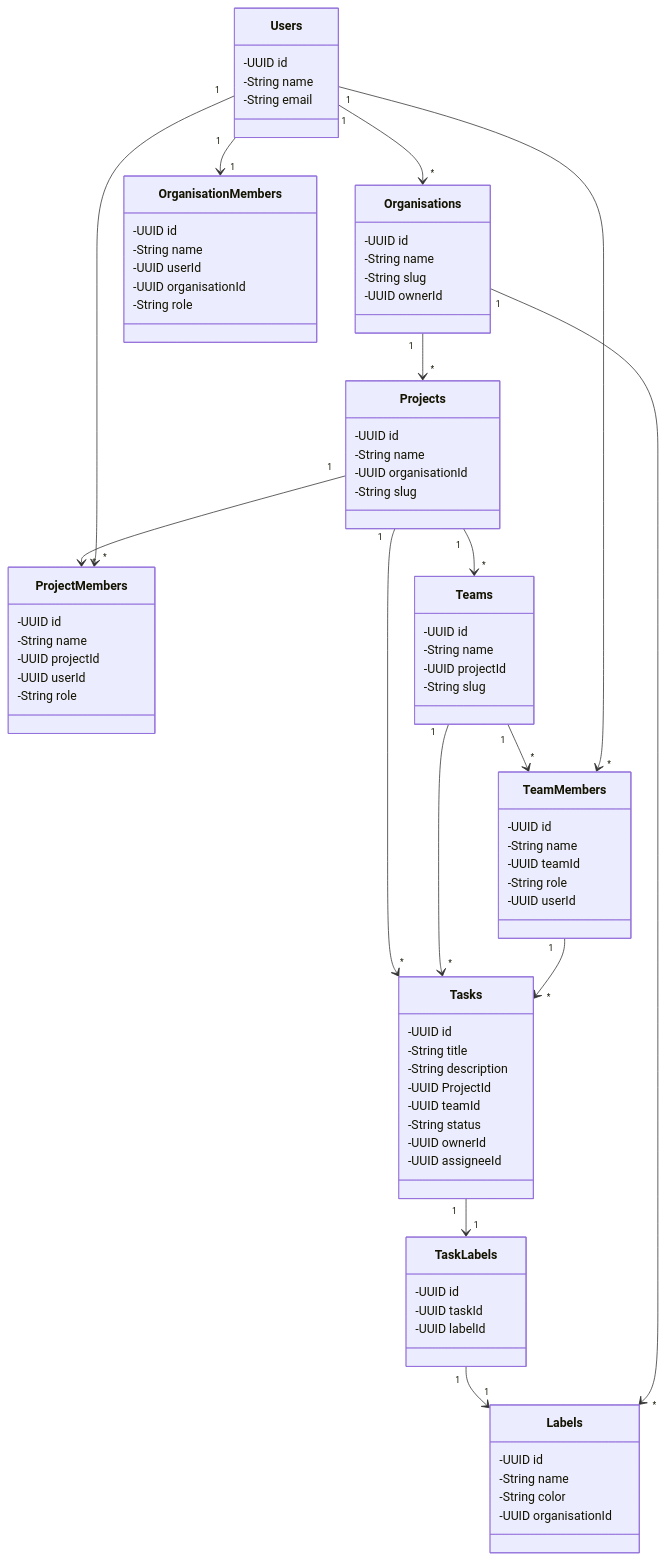
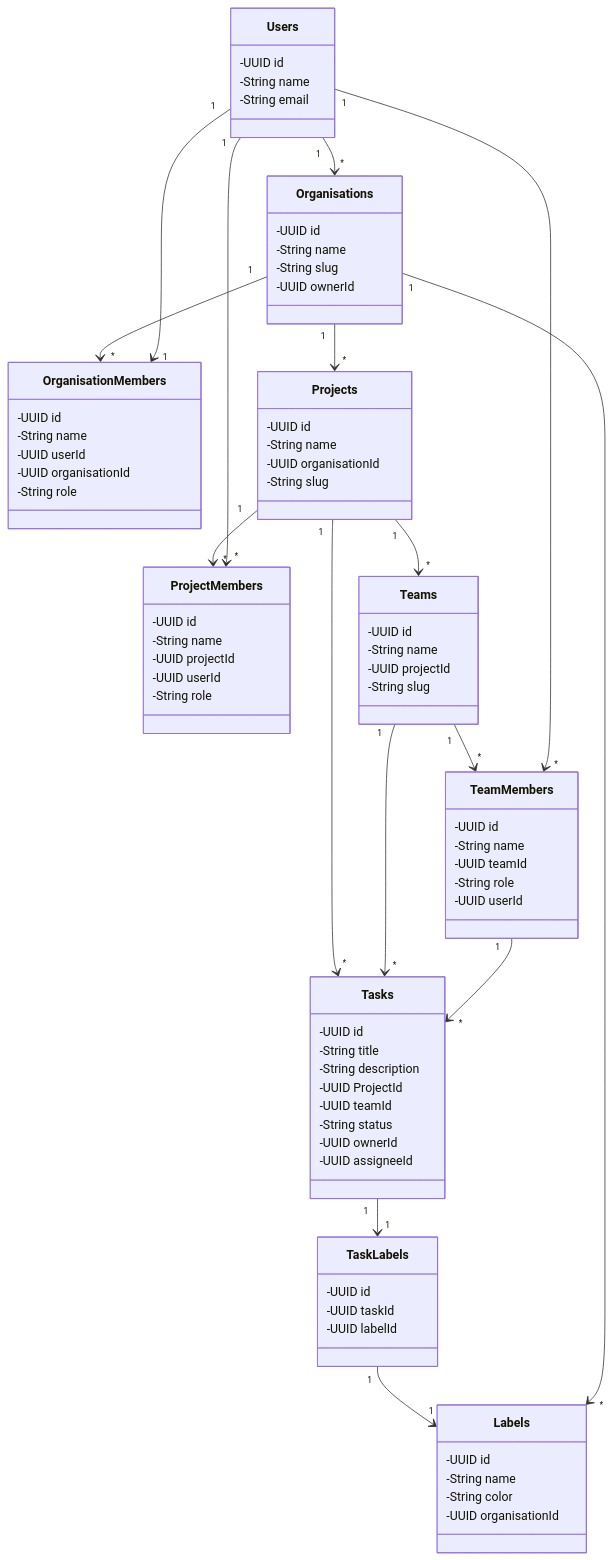
The diagram in docs/class-diagram.md (santhosh25420/taskforge), drawn with Mermaid before and after one commit. The commit also changed 3 other files, not shown here.

```diff
--- a/docs/class-diagram.md
+++ b/docs/class-diagram.md
@@ -79,6 +79,7 @@
 
 Users "1" --> "*" Organisations
 Organisations "1" --> "*" Projects
+Organisations "1" --> "*" OrganisationMembers
 Users "1" --> "1" OrganisationMembers
 Projects "1" --> "*" ProjectMembers
 Users "1" --> "*" ProjectMembers
```
